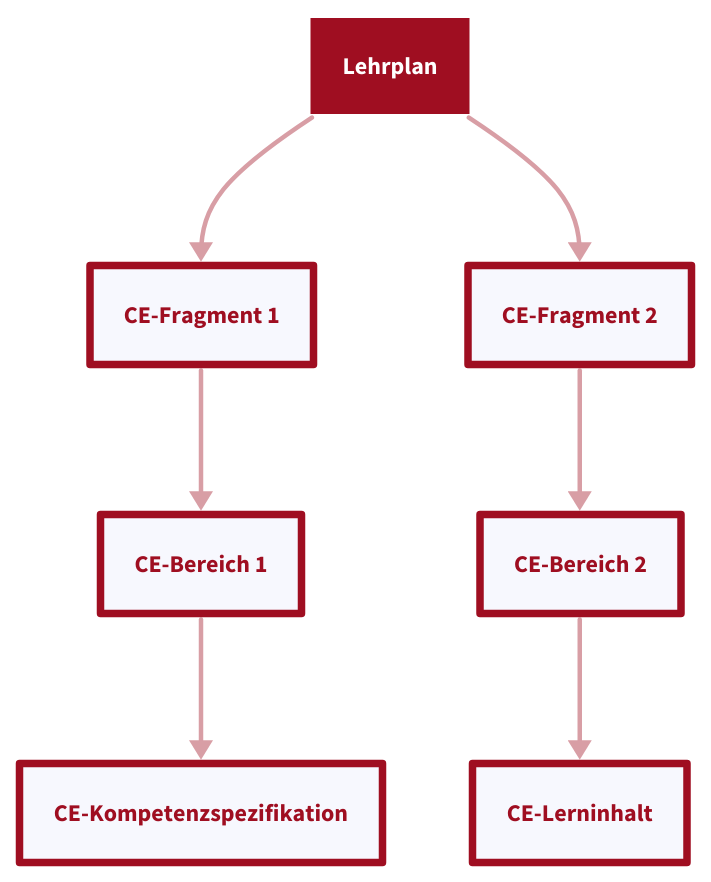
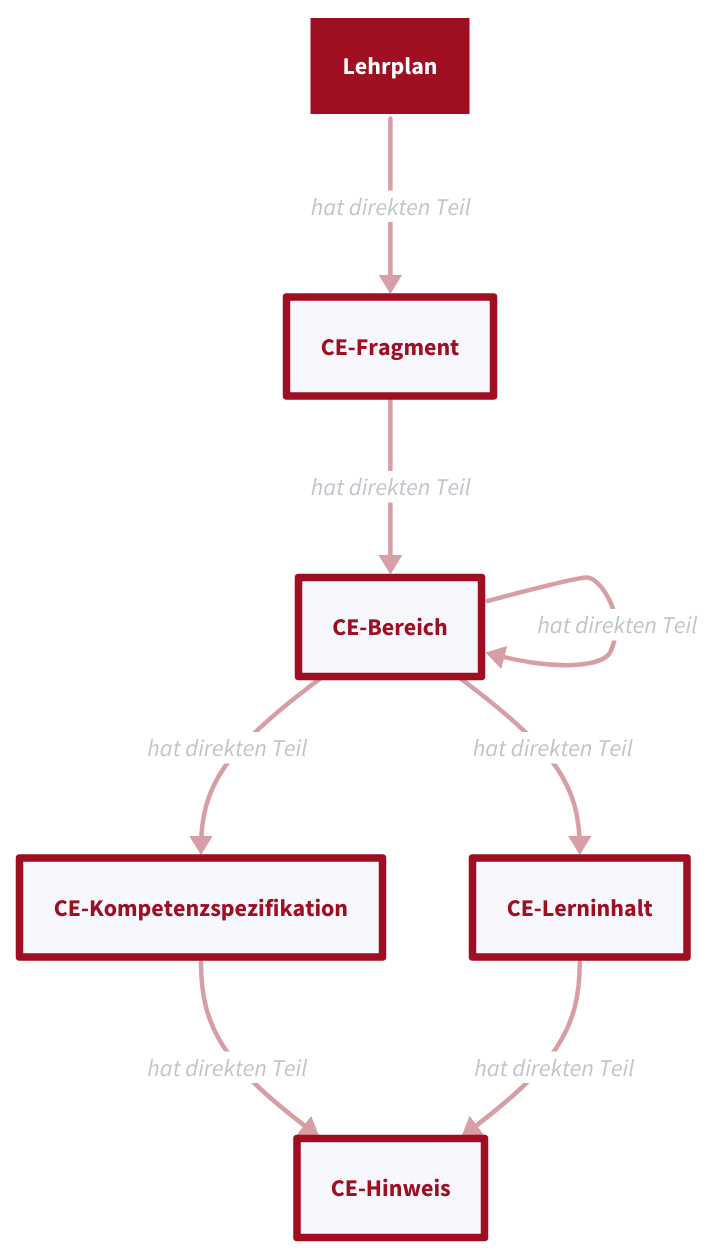
The second of 2 diagrams in docs/structure.md (FWU-DE/lehrplan-ontologie), drawn with D2 before and after one commit. The commit also changed other lines of this file and 38 other files, not shown here.

````diff
--- a/docs/structure.md
+++ b/docs/structure.md
@@ -216,106 +148,22 @@
 ```d2
-CE-Fragment 1: {
-  style: {
-    stroke: "#9F0E21"
-    stroke-width: 5
-    font-color: "#9F0E21"
-  }
-}
-
-CE-Fragment 2: {
-  style: {
-    stroke: "#9F0E21"
-    stroke-width: 5
-    font-color: "#9F0E21"
-  }
-}
-
-CE-Bereich 1: {
-  style: {
-    stroke: "#9F0E21"
-    stroke-width: 5
-    font-color: "#9F0E21"
-  }
-}
-
-CE-Bereich 2: {
-  style: {
-    stroke: "#9F0E21"
-    stroke-width: 5
-    font-color: "#9F0E21"
-  }
-}
-
-CE-Kompetenzspezifikation: {
-  style: {
-    stroke: "#9F0E21"
-    stroke-width: 5
-    font-color: "#9F0E21"
-  }
-}
-
-CE-Lerninhalt: {
-  style: {
-    stroke: "#9F0E21"
-    stroke-width: 5
-    font-color: "#9F0E21"
-  }
-}
-
 Lehrplan: {
   style: {
     font-color: white
-    opacity: 1
     fill: "#9F0E21"
     stroke: white
   }
 }
+CE-Fragment: { style: { stroke: "#9F0E21"; stroke-width: 5; font-color: "#9F0E21" } }
+CE-Bereich: { style: { stroke: "#9F0E21"; stroke-width: 5; font-color: "#9F0E21" } }
+CE-Kompetenzspezifikation: { style: { stroke: "#9F0E21"; stroke-width: 5; font-color: "#9F0E21" } }
+CE-Lerninhalt: { style: { stroke: "#9F0E21"; stroke-width: 5; font-color: "#9F0E21" } }
+CE-Hinweis: { style: { stroke: "#9F0E21"; stroke-width: 5; font-color: "#9F0E21" } }
 
-Lehrplan -> CE-Fragment 1: {
-  style: {
-    stroke: "#9F0E21"
-    opacity: 0.4
-    stroke-width: 3
-  }
-}
-
-Lehrplan -> CE-Fragment 2: {
-  style: {
-    stroke: "#9F0E21"
-    opacity: 0.4
-    stroke-width: 3
-  }
-}
-
-CE-Fragment 1 -> CE-Bereich 1: {
-  style: {
-    stroke: "#9F0E21"
-    opacity: 0.4
-    stroke-width: 3
-  }
-}
-
-CE-Fragment 2 -> CE-Bereich 2: {
-  style: {
-    stroke: "#9F0E21"
-    opacity: 0.4
-    stroke-width: 3
-  }
-}
-
-CE-Bereich 1 -> CE-Kompetenzspezifikation: {
-  style: {
-    stroke: "#9F0E21"
-    opacity: 0.4
-    stroke-width: 3
-  }
-}
-
-CE-Bereich 2 -> CE-Lerninhalt: {
-  style: {
-    stroke: "#9F0E21"
-    opacity: 0.4
-    stroke-width: 3
-  }
-}
+Lehrplan -> CE-Fragment: hat direkten Teil { style: { stroke: "#9F0E21"; opacity: 0.4; stroke-width: 3 } }
+CE-Fragment -> CE-Bereich: hat direkten Teil { style: { stroke: "#9F0E21"; opacity: 0.4; stroke-width: 3 } }
+CE-Bereich -> CE-Bereich: hat direkten Teil { style: { stroke: "#9F0E21"; opacity: 0.4; stroke-width: 3 } }
+CE-Bereich -> CE-Kompetenzspezifikation: hat direkten Teil { style: { stroke: "#9F0E21"; opacity: 0.4; stroke-width: 3 } }
+CE-Bereich -> CE-Lerninhalt: hat direkten Teil { style: { stroke: "#9F0E21"; opacity: 0.4; stroke-width: 3 } }
+CE-Kompetenzspezifikation -> CE-Hinweis: hat direkten Teil { style: { stroke: "#9F0E21"; opacity: 0.4; stroke-width: 3 } }
+CE-Lerninhalt -> CE-Hinweis: hat direkten Teil { style: { stroke: "#9F0E21"; opacity: 0.4; stroke-width: 3 } }
 ```
````
